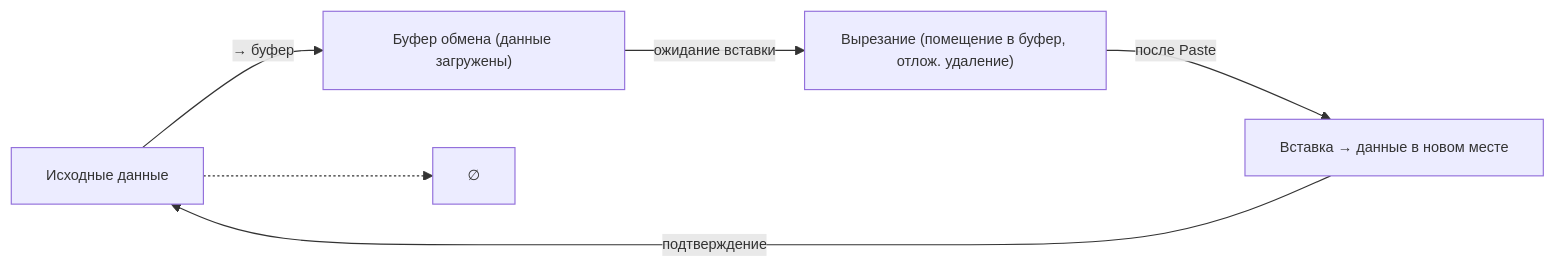
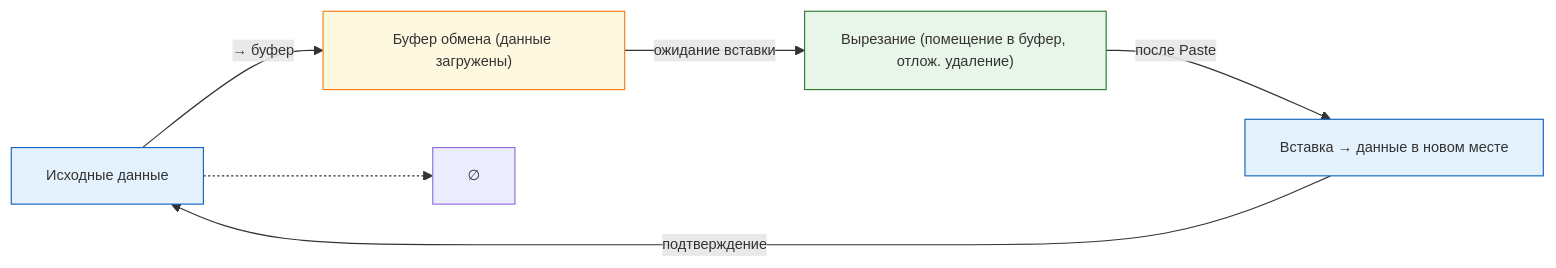
One commit to Spirzen/it-knowledge-base changed the third of 7 diagrams in docs/encyclopedia/1-basics/1-10-bazovye-operatsii-s-dannymi/4.md. Above: the diagram before and after it, drawn with Mermaid. The commit also changed other lines of this file and 1180 other files, not shown here.

````diff
--- a/docs/encyclopedia/1-basics/1-10-bazovye-operatsii-s-dannymi/4.md
+++ b/docs/encyclopedia/1-basics/1-10-bazovye-operatsii-s-dannymi/4.md
@@ -89,15 +121,20 @@
 ```mermaid
 %%{init: {"theme":"default", "themeVariables": {"fontSize":"12.5px"}}}%%
 flowchart LR
+    classDef src fill:#e3f2fd,stroke:#1565c0;
+    classDef buf fill:#fff8e1,stroke:#f57f17;
+    classDef op fill:#e8f5e9,stroke:#2e7d32;
+    classDef dst fill:#e3f2fd,stroke:#1565c0;
+
     S["Исходные данные"]:::src
     B["Буфер обмена (данные загружены)"]:::buf
     O["Вырезание (помещение в буфер, отлож. удаление)"]:::op
     D["Вставка → данные в новом месте"]:::dst
 
     S -->|→ буфер| B
     B -->|ожидание вставки| O
     O -->|после Paste| D
     D -->|подтверждение| S -.-> Empty["∅"]
 
     click O "Удаление исходника — только после успешной вставки"
 ```
````
